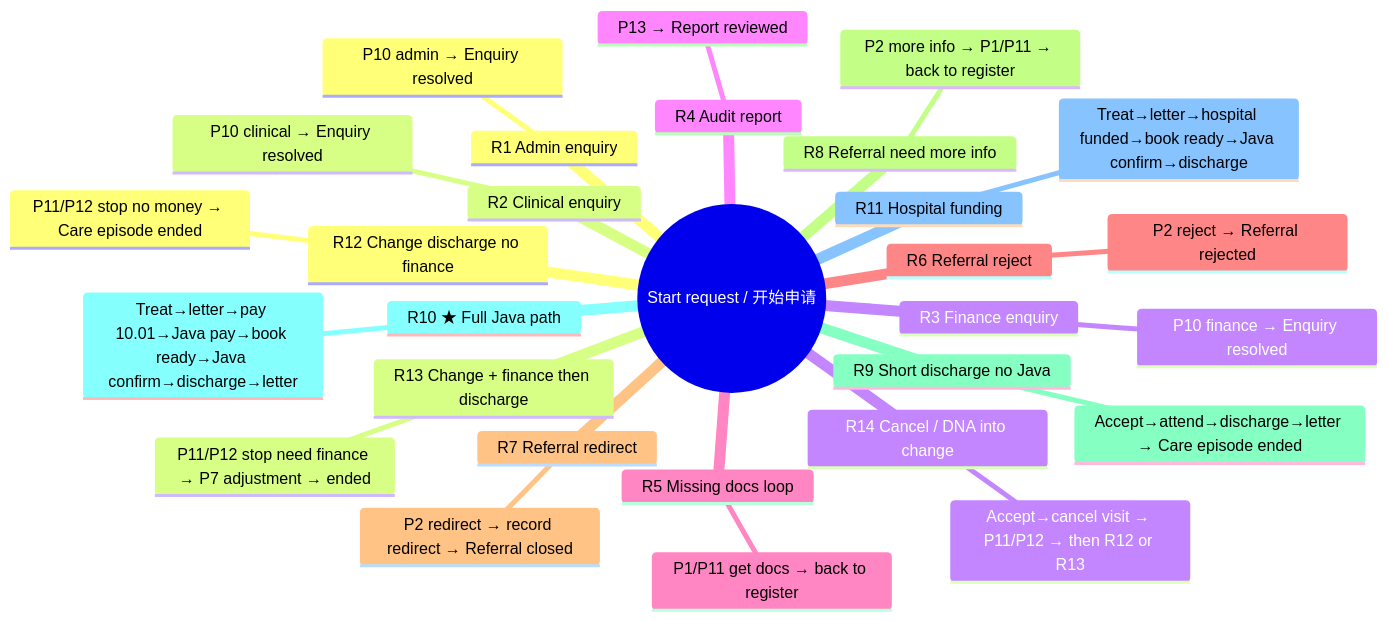
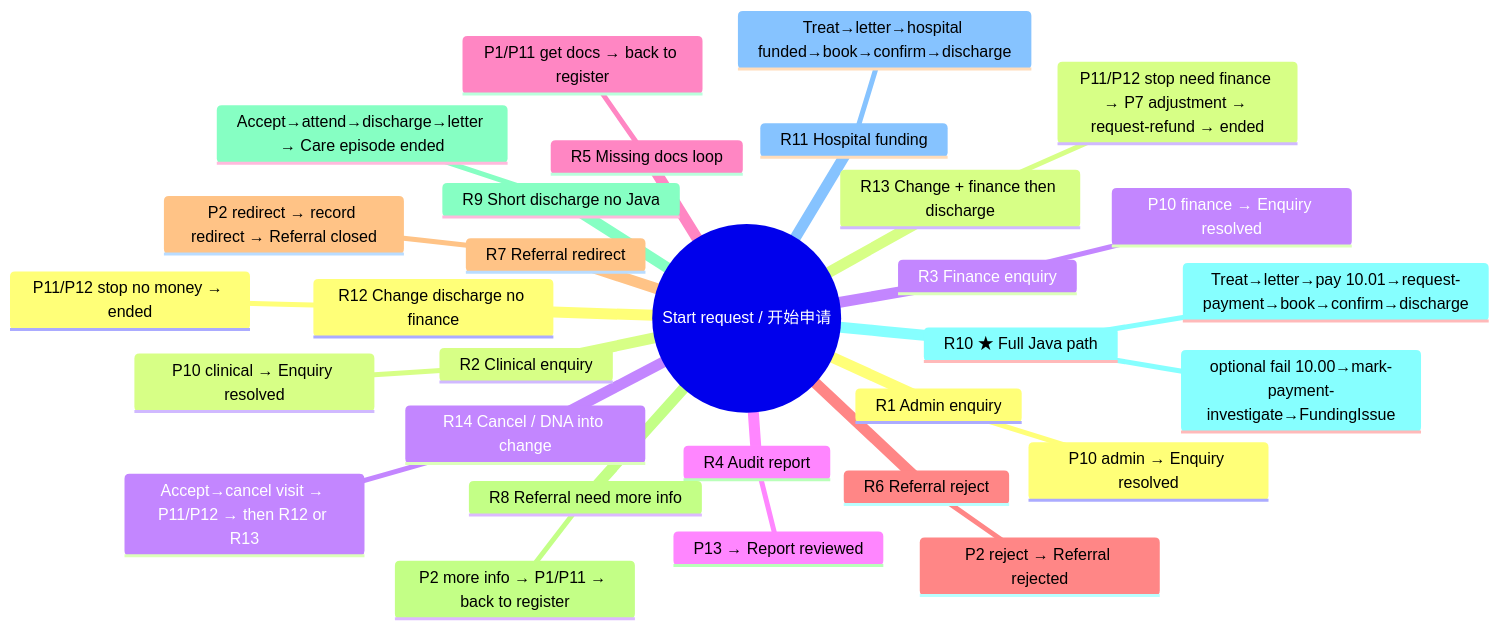
One commit to Estrella6066773/HW_AISD changed the diagram in Ruby/hospital-pathway-zh-learn/完整体验路线.md. Above: the diagram before and after it, drawn with Mermaid. The commit also changed other lines of this file and 8 other files, not shown here.

````diff
--- a/Ruby/hospital-pathway-zh-learn/完整体验路线.md
+++ b/Ruby/hospital-pathway-zh-learn/完整体验路线.md
@@ -35,32 +34,33 @@
 ```mermaid
 mindmap
   root((Start request / 开始申请))
     R1 Admin enquiry
       P10 admin → Enquiry resolved
     R2 Clinical enquiry
       P10 clinical → Enquiry resolved
     R3 Finance enquiry
       P10 finance → Enquiry resolved
     R4 Audit report
       P13 → Report reviewed
     R5 Missing docs loop
       P1/P11 get docs → back to register
     R6 Referral reject
       P2 reject → Referral rejected
     R7 Referral redirect
       P2 redirect → record redirect → Referral closed
     R8 Referral need more info
       P2 more info → P1/P11 → back to register
     R9 Short discharge no Java
       Accept→attend→discharge→letter → Care episode ended
     R10 ★ Full Java path
-      Treat→letter→pay 10.01→Java pay→book ready→Java confirm→discharge→letter
+      Treat→letter→pay 10.01→request-payment→book→confirm→discharge
+      optional fail 10.00→mark-payment-investigate→FundingIssue
     R11 Hospital funding
-      Treat→letter→hospital funded→book ready→Java confirm→discharge
+      Treat→letter→hospital funded→book→confirm→discharge
     R12 Change discharge no finance
-      P11/P12 stop no money → Care episode ended
+      P11/P12 stop no money → ended
     R13 Change + finance then discharge
-      P11/P12 stop need finance → P7 adjustment → ended
+      P11/P12 stop need finance → P7 adjustment → request-refund → ended
     R14 Cancel / DNA into change
       Accept→cancel visit → P11/P12 → then R12 or R13
 ```
````
